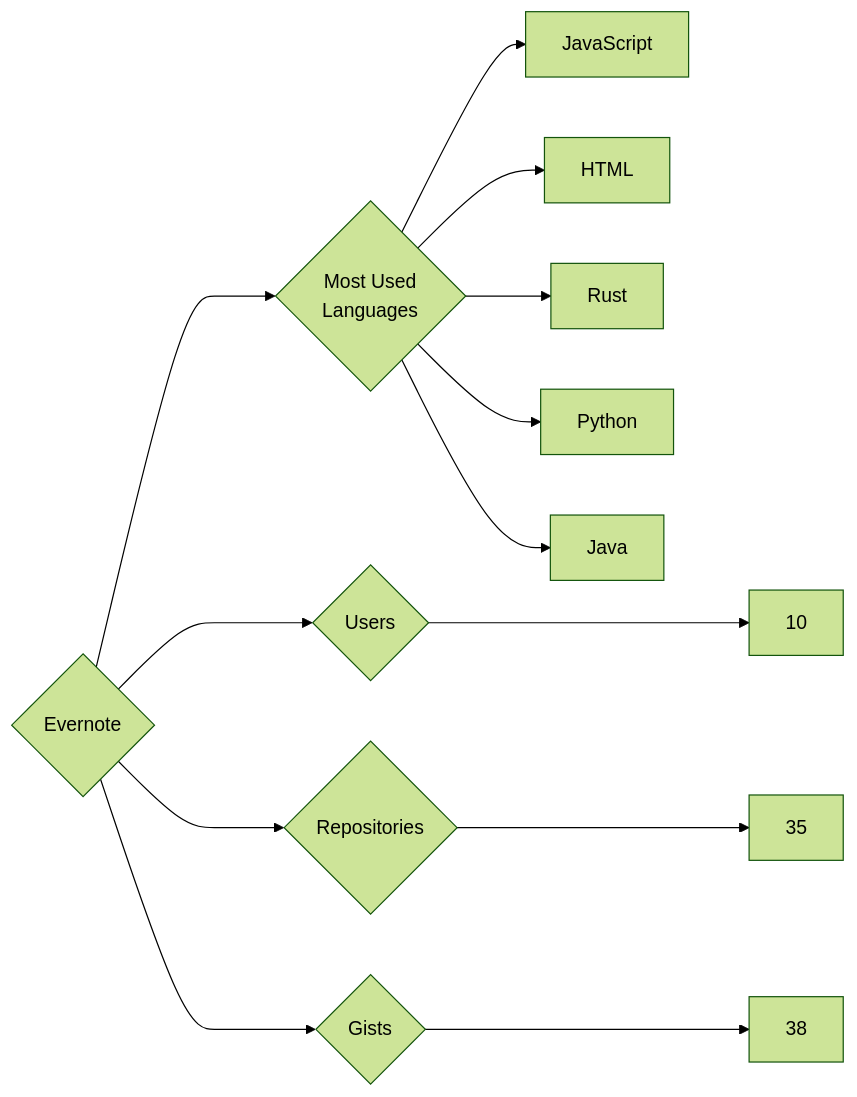
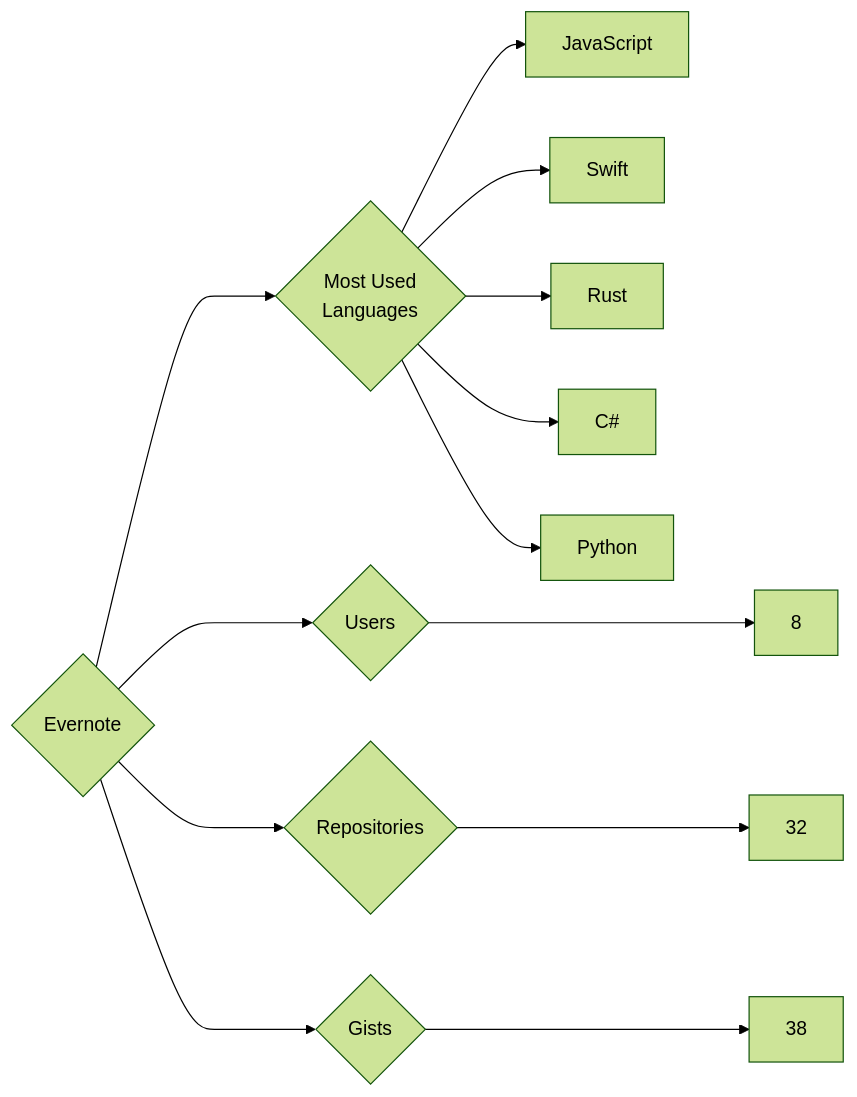
Before and after one commit to trickest/insiders: the diagram in targets/Evernote/README.md, drawn with Mermaid (forest theme). The commit also changed 895 other files, not shown here.

````diff
--- a/targets/Evernote/README.md
+++ b/targets/Evernote/README.md
@@ -3,13 +3,13 @@
 ```mermaid
 graph LR
 COMPANY_NAME{Evernote}
-COMPANY_NAME ---> U{Users} ---> UN[10]
-COMPANY_NAME ---> R{Repositories} ---> RN[35]
+COMPANY_NAME ---> U{Users} ---> UN[8]
+COMPANY_NAME ---> R{Repositories} ---> RN[32]
 COMPANY_NAME ---> G{Gists} ---> GN[38]
 COMPANY_NAME ---> ML{Most Used<br>Languages}
 ML --> JavaScript[JavaScript]
-ML --> HTML[HTML]
+ML --> Swift[Swift]
 ML --> Rust[Rust]
+ML --> C#[C#]
 ML --> Python[Python]
-ML --> Java[Java]
 ```
````
